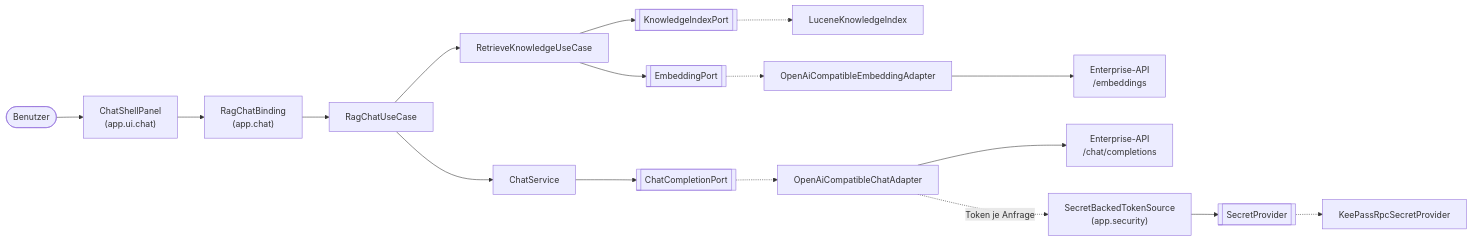
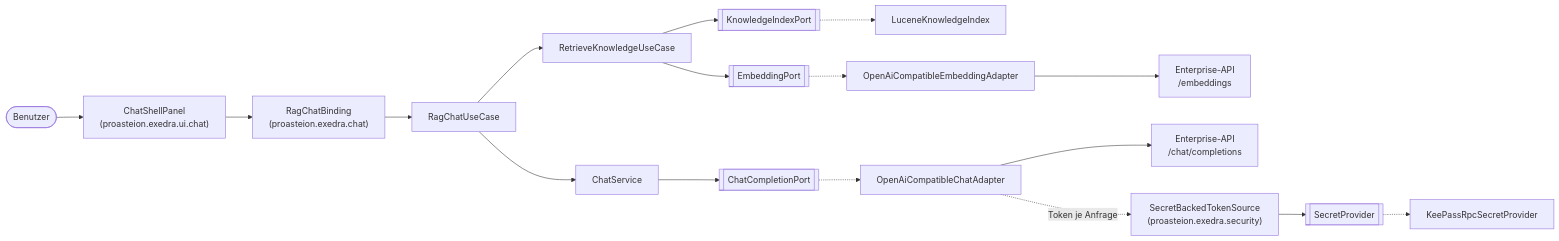
Before and after one commit to aresstack/enterprise-ai-client: the second of 2 diagrams in docs/architektur.md, drawn with Mermaid. The commit also changed other lines of this file and 2204 other files, not shown here.

````diff
--- a/docs/architektur.md
+++ b/docs/architektur.md
@@ -86,19 +86,19 @@
 ```mermaid
 flowchart LR
-    user(["Benutzer"]) --> shell["ChatShellPanel\n(app.ui.chat)"]
-    shell --> binding["RagChatBinding\n(app.chat)"]
+    user(["Benutzer"]) --> shell["ChatShellPanel\n(proasteion.exedra.ui.chat)"]
+    shell --> binding["RagChatBinding\n(proasteion.exedra.chat)"]
     binding --> rag["RagChatUseCase"]
     rag --> retrieve["RetrieveKnowledgeUseCase"]
     rag --> chat["ChatService"]
     retrieve --> idx[["KnowledgeIndexPort"]]
     retrieve --> emb[["EmbeddingPort"]]
     chat --> cp[["ChatCompletionPort"]]
     idx -.-> lucene["LuceneKnowledgeIndex"]
     emb -.-> embA["OpenAiCompatibleEmbeddingAdapter"]
     cp -.-> chatA["OpenAiCompatibleChatAdapter"]
     chatA --> api["Enterprise-API\n/chat/completions"]
     embA --> api2["Enterprise-API\n/embeddings"]
-    chatA -. Token je Anfrage .-> secret["SecretBackedTokenSource\n(app.security)"]
+    chatA -. Token je Anfrage .-> secret["SecretBackedTokenSource\n(proasteion.exedra.security)"]
     secret --> sp[["SecretProvider"]]
     sp -.-> kp["KeePassRpcSecretProvider"]
 ```
````
